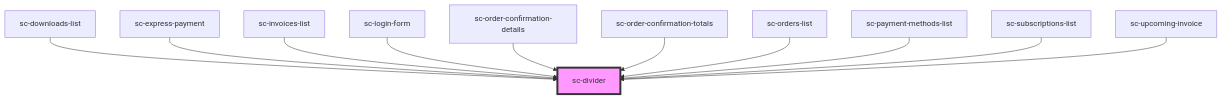
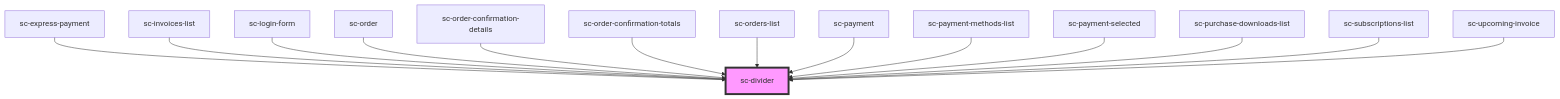
One commit to surecart/surecart-wp-plugin changed the diagram in packages/components/src/components/ui/divider/readme.md. Above: the diagram before and after it, drawn with Mermaid. The commit also changed other lines of this file and 68 other files, not shown here.

````diff
--- a/packages/components/src/components/ui/divider/readme.md
+++ b/packages/components/src/components/ui/divider/readme.md
@@ -33,14 +36,17 @@
 ```mermaid
 graph TD;
-  sc-downloads-list --> sc-divider
   sc-express-payment --> sc-divider
   sc-invoices-list --> sc-divider
   sc-login-form --> sc-divider
+  sc-order --> sc-divider
   sc-order-confirmation-details --> sc-divider
   sc-order-confirmation-totals --> sc-divider
   sc-orders-list --> sc-divider
+  sc-payment --> sc-divider
   sc-payment-methods-list --> sc-divider
+  sc-payment-selected --> sc-divider
+  sc-purchase-downloads-list --> sc-divider
   sc-subscriptions-list --> sc-divider
   sc-upcoming-invoice --> sc-divider
   style sc-divider fill:#f9f,stroke:#333,stroke-width:4px
 ```
````
